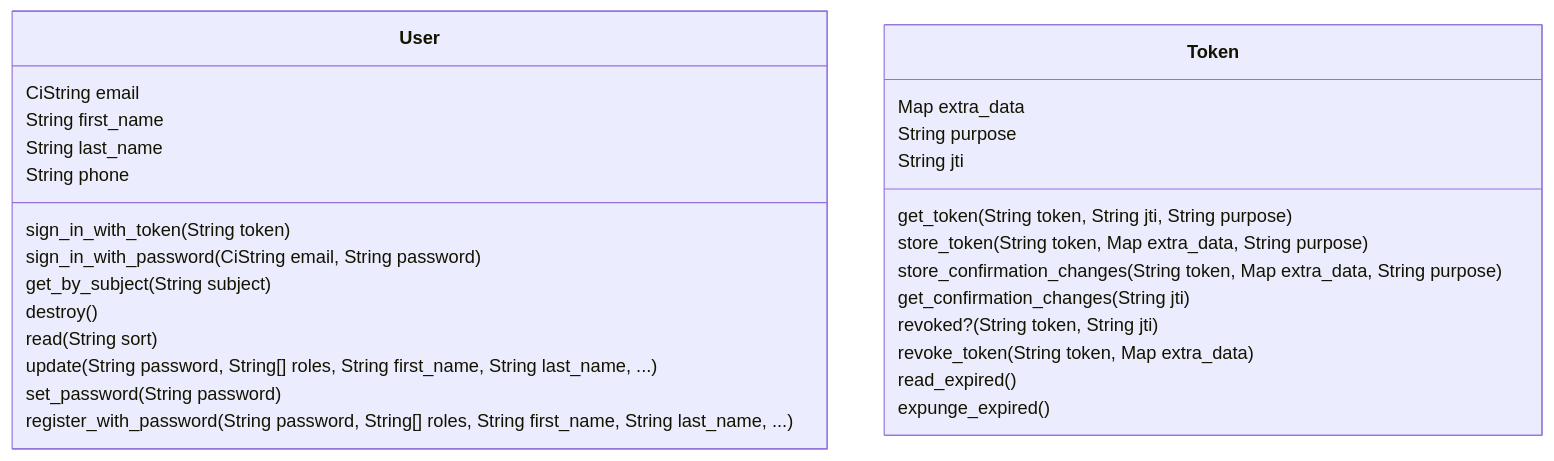
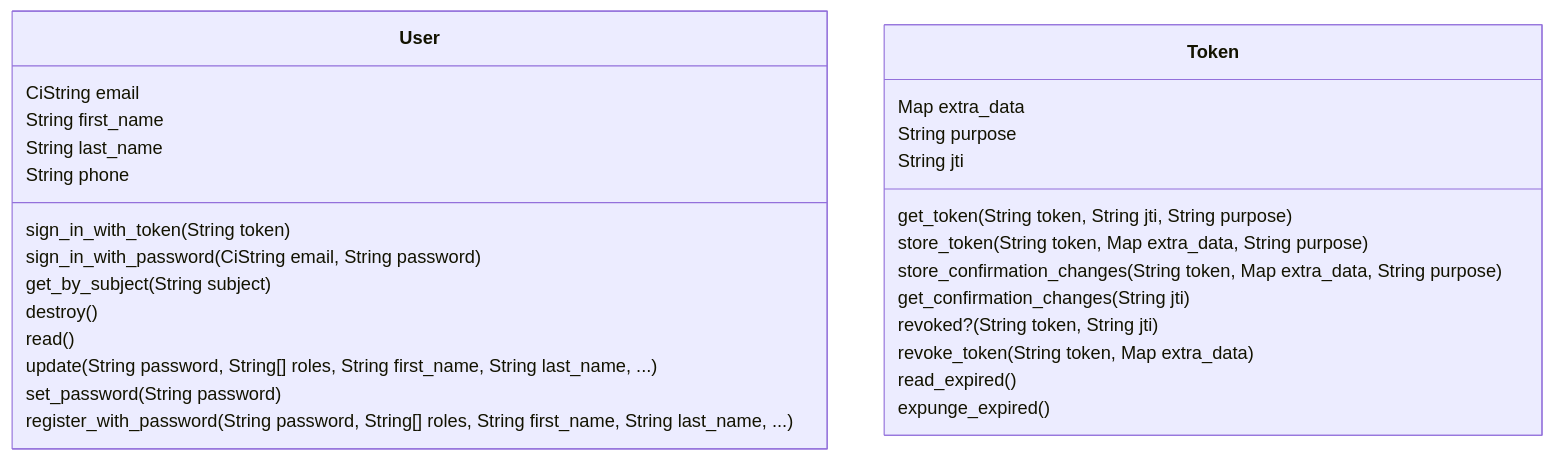
Before and after one commit to zebbra/data_aggregator: the diagram in lib/data_aggregator/accounts/accounts-mermaid-class-diagram.md, drawn with Mermaid. The commit also changed 36 other files, not shown here.

````diff
--- a/lib/data_aggregator/accounts/accounts-mermaid-class-diagram.md
+++ b/lib/data_aggregator/accounts/accounts-mermaid-class-diagram.md
@@ -1,33 +1,33 @@
 ```mermaid
 classDiagram
     class User {
         CiString email
         String first_name
         String last_name
         String phone
         sign_in_with_token(String token)
         sign_in_with_password(CiString email, String password)
         get_by_subject(String subject)
         destroy()
-        read(String sort)
+        read()
         update(String password, String[] roles, String first_name, String last_name, ...)
         set_password(String password)
         register_with_password(String password, String[] roles, String first_name, String last_name, ...)
     }
     class Token {
         Map extra_data
         String purpose
         String jti
         get_token(String token, String jti, String purpose)
         store_token(String token, Map extra_data, String purpose)
         store_confirmation_changes(String token, Map extra_data, String purpose)
         get_confirmation_changes(String jti)
         revoked?(String token, String jti)
         revoke_token(String token, Map extra_data)
         read_expired()
         expunge_expired()
     }
 
 
 
 ```
````
